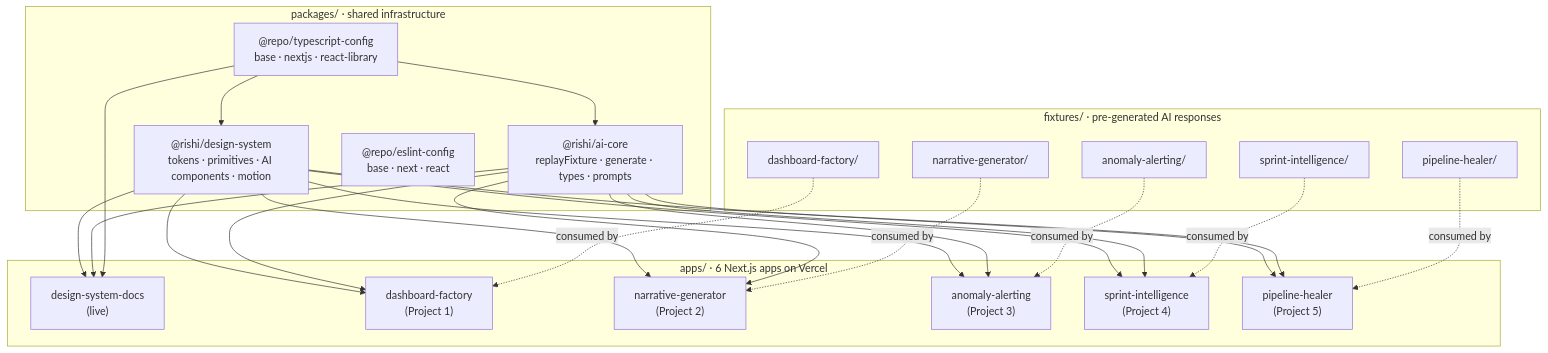
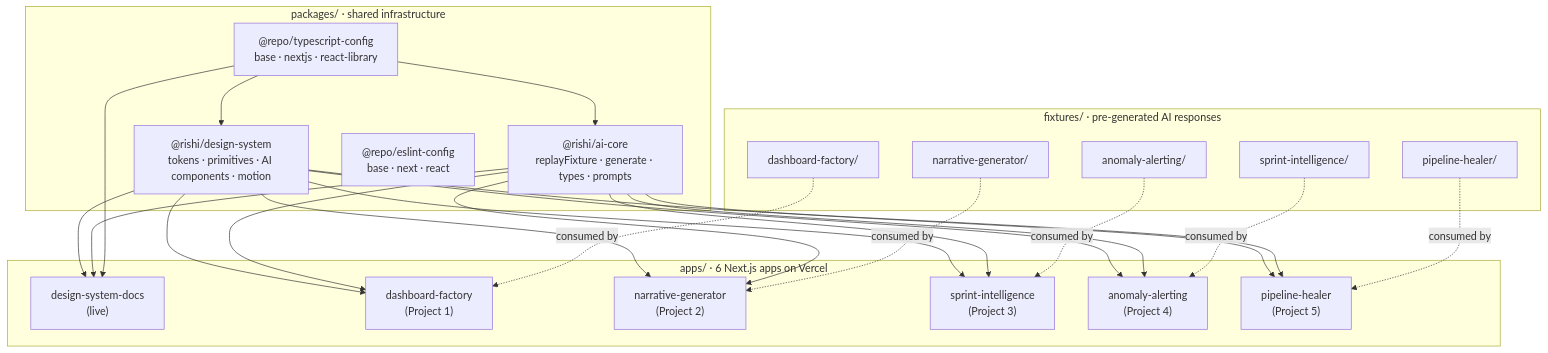
One commit to rishigundla/ai-portfolio changed the diagram in README.md. Above: the diagram before and after it, drawn with Mermaid. The commit also changed other lines of this file and 2 other files, not shown here.

First paragraph of the commit message:
Fix the plan website, escape activity descriptions and renumber Project 3 and Project 4
Two rendering bugs in docs/plan.html that surfaced in the standalone
viewer.

````diff
--- a/README.md
+++ b/README.md
@@ -34,50 +34,50 @@
 ```mermaid
 flowchart TB
     subgraph packages["packages/ · shared infrastructure"]
         DS["@rishi/design-system<br/>tokens · primitives · AI components · motion"]
         AI["@rishi/ai-core<br/>replayFixture · generate · types · prompts"]
         TS["@repo/typescript-config<br/>base · nextjs · react-library"]
         EL["@repo/eslint-config<br/>base · next · react"]
     end
 
     subgraph apps["apps/ · 6 Next.js apps on Vercel"]
         DSD["design-system-docs<br/>(live)"]
         P1["dashboard-factory<br/>(Project 1)"]
         P2["narrative-generator<br/>(Project 2)"]
-        P3["anomaly-alerting<br/>(Project 3)"]
-        P4["sprint-intelligence<br/>(Project 4)"]
+        P3["sprint-intelligence<br/>(Project 3)"]
+        P4["anomaly-alerting<br/>(Project 4)"]
         P5["pipeline-healer<br/>(Project 5)"]
     end
 
     subgraph data["fixtures/ · pre-generated AI responses"]
         F1["dashboard-factory/"]
         F2["narrative-generator/"]
         F3["anomaly-alerting/"]
         F4["sprint-intelligence/"]
         F5["pipeline-healer/"]
     end
 
     DS --> DSD
     DS --> P1
     DS --> P2
     DS --> P3
     DS --> P4
     DS --> P5
 
     AI --> DSD
     AI --> P1
     AI --> P2
     AI --> P3
     AI --> P4
     AI --> P5
 
     TS --> DS
     TS --> AI
     TS --> DSD
 
     F1 -.consumed by.-> P1
     F2 -.consumed by.-> P2
     F3 -.consumed by.-> P3
     F4 -.consumed by.-> P4
     F5 -.consumed by.-> P5
 ```
````
